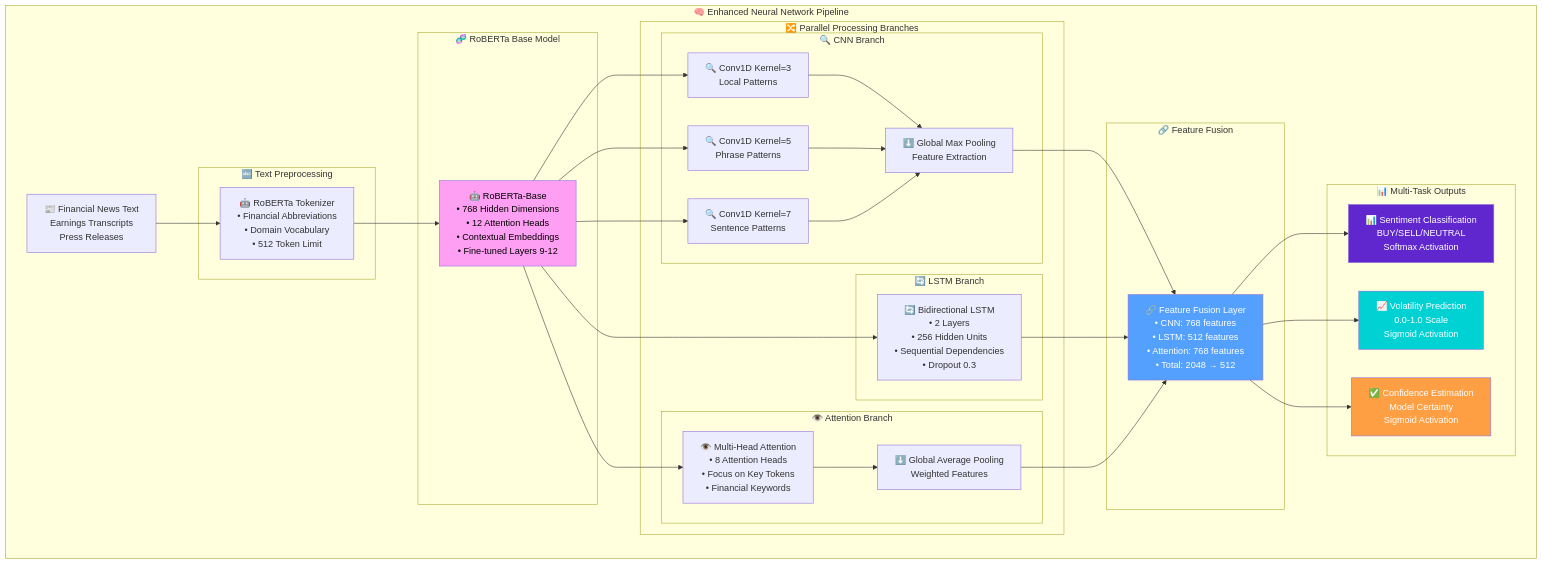
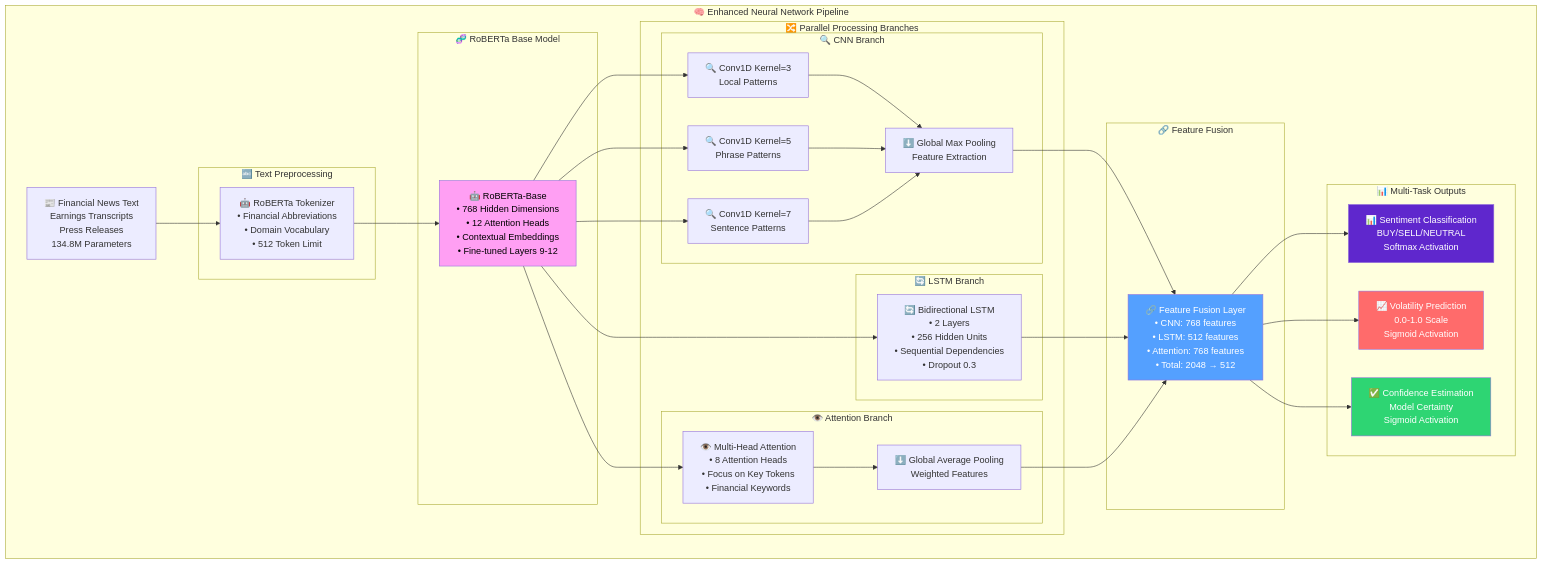
Before and after one commit to jaygasi/news_analyzer: diagram 13 of 18 in news_cruncher/README.md, drawn with Mermaid. The commit also changed other lines of this file, not shown here.

````diff
--- a/news_cruncher/README.md
+++ b/news_cruncher/README.md
@@ -104,70 +839,70 @@
 ```mermaid
 graph TB
     subgraph "🧠 Enhanced Neural Network Pipeline"
-        Input[📰 Financial News Text<br/>Earnings Transcripts<br/>Press Releases]
+        Input[📰 Financial News Text<br/>Earnings Transcripts<br/>Press Releases<br/>134.8M Parameters]
         
         subgraph "🔤 Text Preprocessing"
             Tokenizer[🤖 RoBERTa Tokenizer<br/>• Financial Abbreviations<br/>• Domain Vocabulary<br/>• 512 Token Limit]
         end
         
         subgraph "🧬 RoBERTa Base Model"
             RoBERTa[🤖 RoBERTa-Base<br/>• 768 Hidden Dimensions<br/>• 12 Attention Heads<br/>• Contextual Embeddings<br/>• Fine-tuned Layers 9-12]
         end
         
         subgraph "🔀 Parallel Processing Branches"
             subgraph "🔍 CNN Branch"
                 CNN3[🔍 Conv1D Kernel=3<br/>Local Patterns]
                 CNN5[🔍 Conv1D Kernel=5<br/>Phrase Patterns]
                 CNN7[🔍 Conv1D Kernel=7<br/>Sentence Patterns]
                 CNNPool[⬇️ Global Max Pooling<br/>Feature Extraction]
             end
             
             subgraph "🔄 LSTM Branch"
                 BiLSTM[🔄 Bidirectional LSTM<br/>• 2 Layers<br/>• 256 Hidden Units<br/>• Sequential Dependencies<br/>• Dropout 0.3]
             end
             
             subgraph "👁️ Attention Branch"
                 MultiHead[👁️ Multi-Head Attention<br/>• 8 Attention Heads<br/>• Focus on Key Tokens<br/>• Financial Keywords]
                 AttentionPool[⬇️ Global Average Pooling<br/>Weighted Features]
             end
         end
         
         subgraph "🔗 Feature Fusion"
             Fusion[🔗 Feature Fusion Layer<br/>• CNN: 768 features<br/>• LSTM: 512 features<br/>• Attention: 768 features<br/>• Total: 2048 → 512]
         end
         
         subgraph "📊 Multi-Task Outputs"
             Sentiment[📊 Sentiment Classification<br/>BUY/SELL/NEUTRAL<br/>Softmax Activation]
             Volatility[📈 Volatility Prediction<br/>0.0-1.0 Scale<br/>Sigmoid Activation]
             Confidence[✅ Confidence Estimation<br/>Model Certainty<br/>Sigmoid Activation]
         end
     end
     
     Input --> Tokenizer
     Tokenizer --> RoBERTa
     
     RoBERTa --> CNN3
     RoBERTa --> CNN5
     RoBERTa --> CNN7
     RoBERTa --> BiLSTM
     RoBERTa --> MultiHead
     
     CNN3 --> CNNPool
     CNN5 --> CNNPool
     CNN7 --> CNNPool
     MultiHead --> AttentionPool
     
     CNNPool --> Fusion
     BiLSTM --> Fusion
     AttentionPool --> Fusion
     
     Fusion --> Sentiment
     Fusion --> Volatility
     Fusion --> Confidence
     
     style RoBERTa fill:#ff9ff3,color:#000
     style Fusion fill:#54a0ff,color:#fff
     style Sentiment fill:#5f27cd,color:#fff
-    style Volatility fill:#00d2d3,color:#fff
-    style Confidence fill:#ff9f43,color:#fff
+    style Volatility fill:#ff6b6b,color:#fff
+    style Confidence fill:#2ed573,color:#fff
 ```
````
